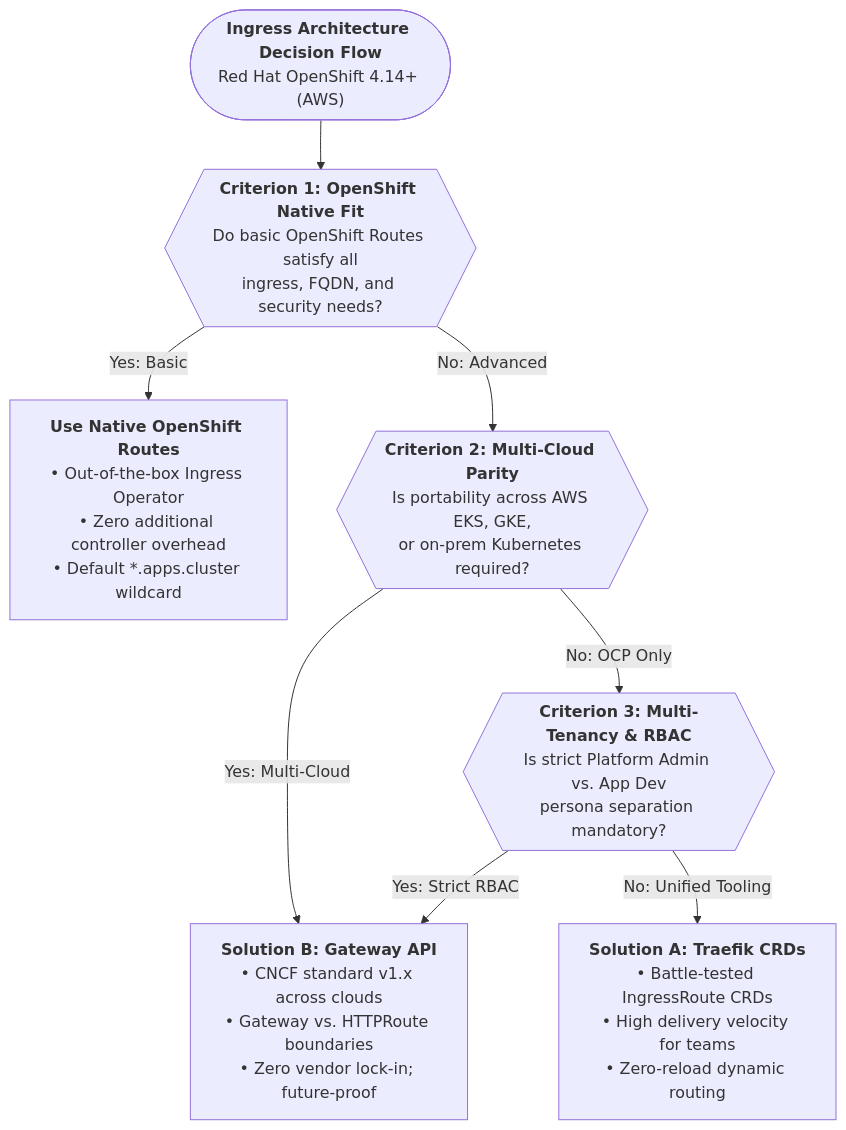
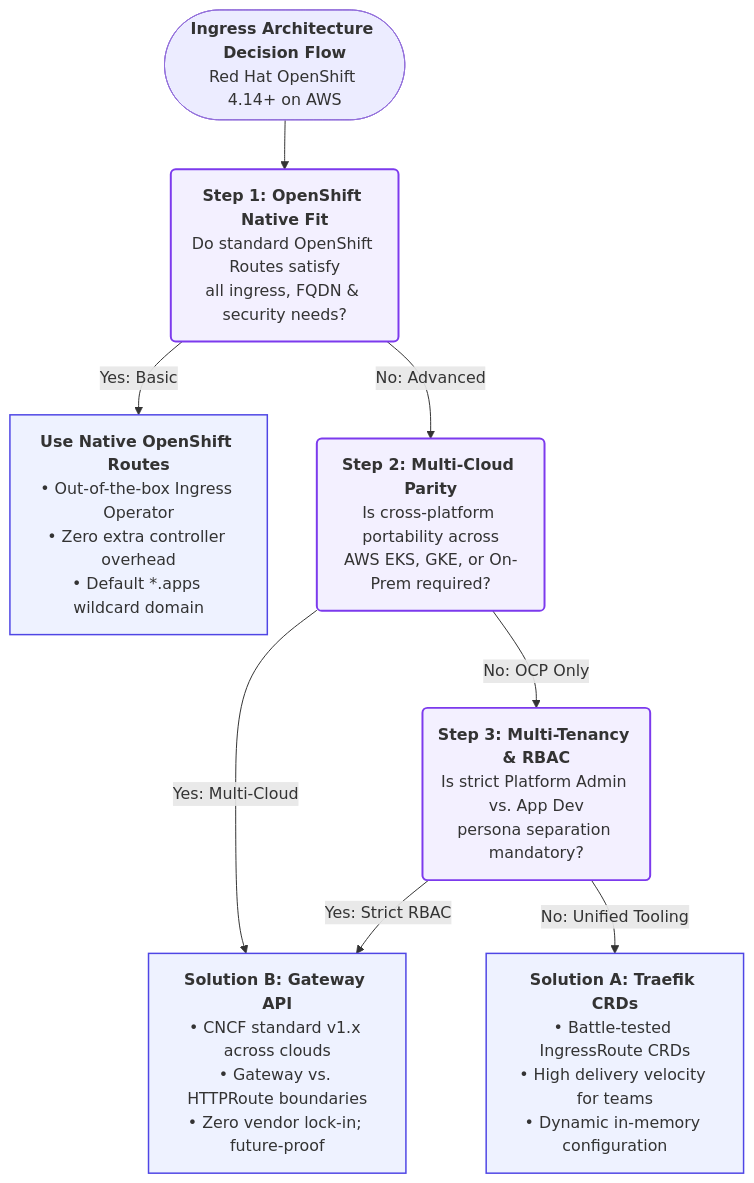
Before and after one commit to nubenetes/traefik-fqdn-management-poc-openshift-aws: the first of 2 diagrams in COMPARATIVE_MATRIX.md, drawn with Mermaid. The commit also changed other lines of this file and 1 other file, not shown here.

Commit message:
fix(mermaid): resolve subgraph title collision, edge overlapping, and node vertex clipping across all diagrams

````diff
--- a/COMPARATIVE_MATRIX.md
+++ b/COMPARATIVE_MATRIX.md
@@ -40,27 +40,31 @@
 ```mermaid
-%%{init: {"flowchart": {"wrappingWidth": 220}}}%%
 flowchart TD
-    Start(["<b>Ingress Architecture Decision Flow</b><br/>Red Hat OpenShift 4.14+ (AWS)"])
+    Start(["<b>Ingress Architecture Decision Flow</b><br/>Red Hat OpenShift 4.14+ on AWS"])
 
-    D1{{"<b>Criterion 1: OpenShift Native Fit</b><br/>Do basic OpenShift Routes satisfy all<br/>ingress, FQDN, and security needs?"}}
+    D1("<b>Step 1: OpenShift Native Fit</b><br/>Do standard OpenShift Routes satisfy<br/>all ingress, FQDN & security needs?")
 
-    NativeRoute["<b>Use Native OpenShift Routes</b><br/>• Out-of-the-box Ingress Operator<br/>• Zero additional controller overhead<br/>• Default *.apps.cluster wildcard"]
+    NativeRoute["<b>Use Native OpenShift Routes</b><br/>• Out-of-the-box Ingress Operator<br/>• Zero extra controller overhead<br/>• Default *.apps wildcard domain"]
 
-    D2{{"<b>Criterion 2: Multi-Cloud Parity</b><br/>Is portability across AWS EKS, GKE,<br/>or on-prem Kubernetes required?"}}
+    D2("<b>Step 2: Multi-Cloud Parity</b><br/>Is cross-platform portability across<br/>AWS EKS, GKE, or On-Prem required?")
 
-    D3{{"<b>Criterion 3: Multi-Tenancy & RBAC</b><br/>Is strict Platform Admin vs. App Dev<br/>persona separation mandatory?"}}
+    D3("<b>Step 3: Multi-Tenancy & RBAC</b><br/>Is strict Platform Admin vs. App Dev<br/>persona separation mandatory?")
 
     SolB["<b>Solution B: Gateway API</b><br/>• CNCF standard v1.x across clouds<br/>• Gateway vs. HTTPRoute boundaries<br/>• Zero vendor lock-in; future-proof"]
 
-    SolA["<b>Solution A: Traefik CRDs</b><br/>• Battle-tested IngressRoute CRDs<br/>• High delivery velocity for teams<br/>• Zero-reload dynamic routing"]
+    SolA["<b>Solution A: Traefik CRDs</b><br/>• Battle-tested IngressRoute CRDs<br/>• High delivery velocity for teams<br/>• Dynamic in-memory configuration"]
 
     Start --> D1
     D1 -->|"Yes: Basic"| NativeRoute
     D1 -->|"No: Advanced"| D2
 
     D2 -->|"Yes: Multi-Cloud"| SolB
     D2 -->|"No: OCP Only"| D3
 
     D3 -->|"Yes: Strict RBAC"| SolB
     D3 -->|"No: Unified Tooling"| SolA
+
+    classDef decision fill:#f3f0ff,stroke:#7c3aed,stroke-width:2px;
+    classDef outcome fill:#eef2ff,stroke:#4f46e5,stroke-width:1.5px;
+    class D1,D2,D3 decision;
+    class NativeRoute,SolA,SolB outcome;
 ```
````
